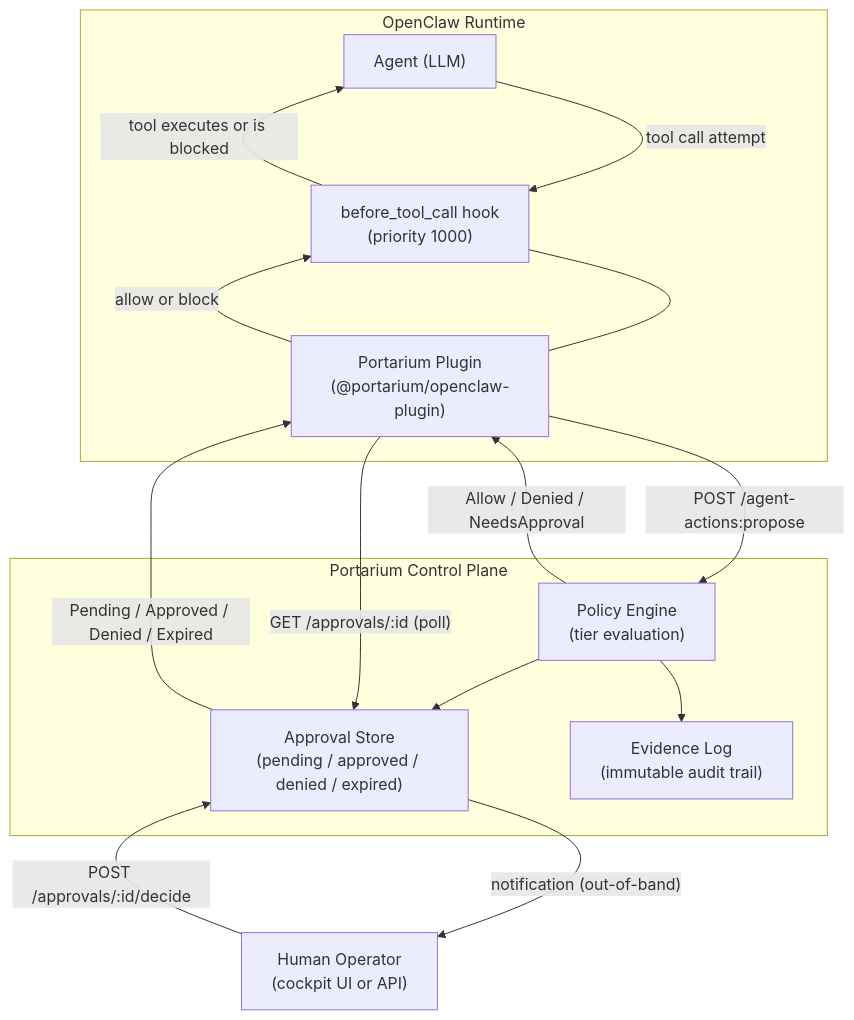
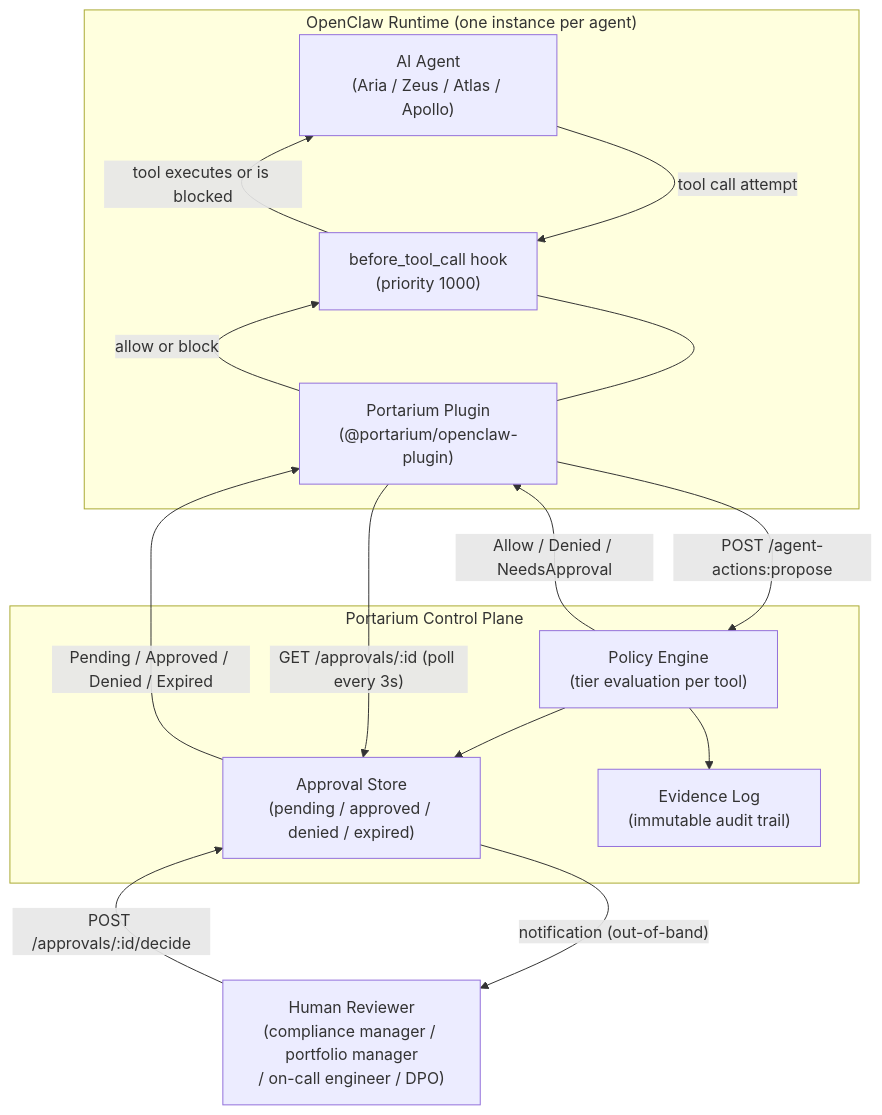
Before and after one commit to 45ck/Portarium: the first of 9 diagrams in examples/openclaw/diagrams.md, drawn with Mermaid. The commit also changed other lines of this file and 3 other files, not shown here.

````diff
--- a/examples/openclaw/diagrams.md
+++ b/examples/openclaw/diagrams.md
@@ -5,29 +11,29 @@
 ```mermaid
 graph TB
-  subgraph OpenClaw["OpenClaw Runtime"]
-    Agent["Agent (LLM)"]
+  subgraph OpenClaw["OpenClaw Runtime (one instance per agent)"]
+    Agent["AI Agent\n(Aria / Zeus / Atlas / Apollo)"]
     Hook["before_tool_call hook\n(priority 1000)"]
     Plugin["Portarium Plugin\n(@portarium/openclaw-plugin)"]
     Agent -->|"tool call attempt"| Hook
     Hook --- Plugin
   end
 
   subgraph Portarium["Portarium Control Plane"]
-    PolicyEngine["Policy Engine\n(tier evaluation)"]
+    PolicyEngine["Policy Engine\n(tier evaluation per tool)"]
     ApprovalStore["Approval Store\n(pending / approved / denied / expired)"]
     EvidenceLog["Evidence Log\n(immutable audit trail)"]
     PolicyEngine --> ApprovalStore
     PolicyEngine --> EvidenceLog
   end
 
-  Human["Human Operator\n(cockpit UI or API)"]
+  Human["Human Reviewer\n(compliance manager / portfolio manager\n/ on-call engineer / DPO)"]
 
   Plugin -->|"POST /agent-actions:propose"| PolicyEngine
   PolicyEngine -->|"Allow / Denied / NeedsApproval"| Plugin
   ApprovalStore -->|"notification (out-of-band)"| Human
   Human -->|"POST /approvals/:id/decide"| ApprovalStore
-  Plugin -->|"GET /approvals/:id (poll)"| ApprovalStore
+  Plugin -->|"GET /approvals/:id (poll every 3s)"| ApprovalStore
   ApprovalStore -->|"Pending / Approved / Denied / Expired"| Plugin
   Plugin -->|"allow or block"| Hook
   Hook -->|"tool executes or is blocked"| Agent
 ```
````
